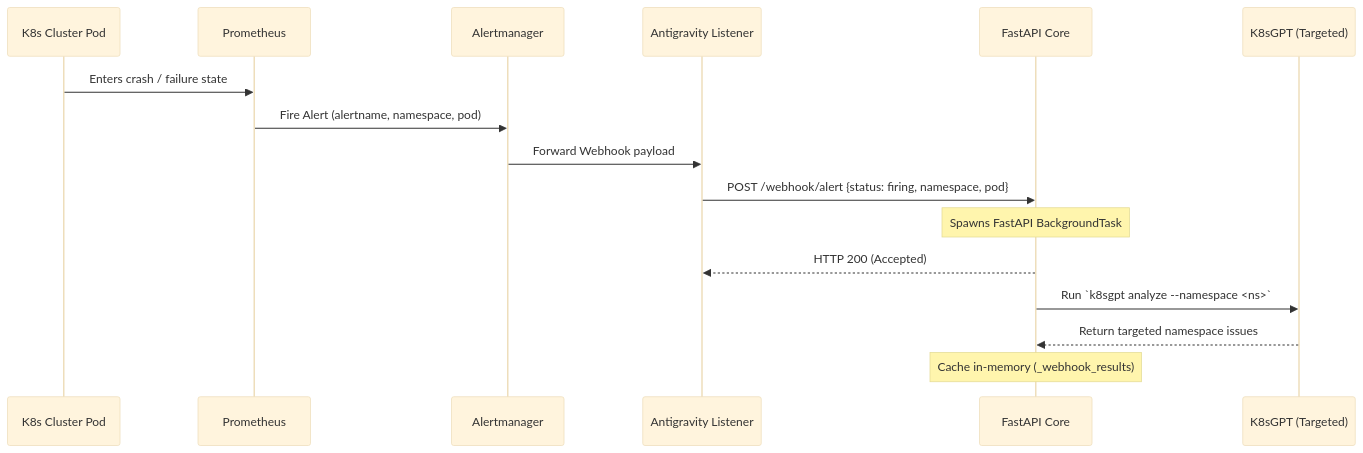
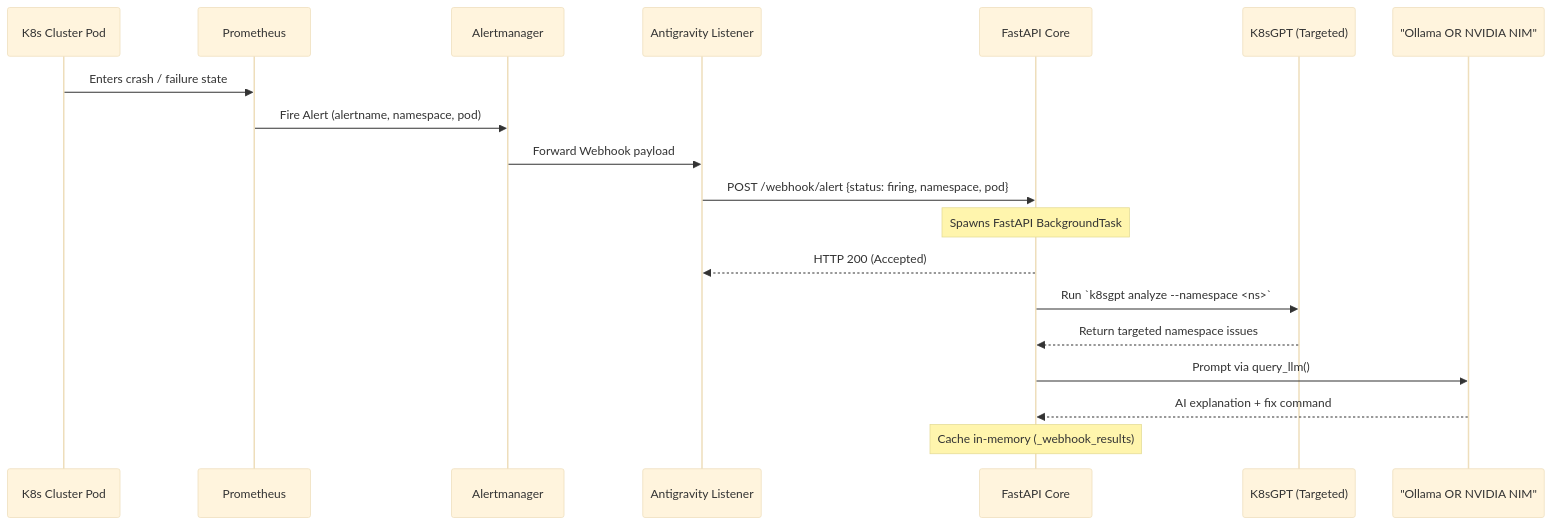
Before and after one commit to barbaria888/KubeOps-AI: the third of 4 diagrams in ARCHITECTURE.md, drawn with Mermaid (base theme). The commit also changed other lines of this file and 12 other files, not shown here.

````diff
--- a/ARCHITECTURE.md
+++ b/ARCHITECTURE.md
@@ -56,22 +91,23 @@
 ```mermaid
 sequenceDiagram
     participant Cluster as K8s Cluster Pod
     participant Prom as Prometheus
     participant AM as Alertmanager
     participant AL as Antigravity Listener
     participant Backend as FastAPI Core
     participant Tools as K8sGPT (Targeted)
+    participant LLM as "Ollama OR NVIDIA NIM"
 
-    %% Flow: Alert Triggering
     Cluster->>Prom: Enters crash / failure state
     Prom->>AM: Fire Alert (alertname, namespace, pod)
     AM->>AL: Forward Webhook payload
     AL->>Backend: POST /webhook/alert {status: firing, namespace, pod}
     
-    %% Flow: Async Target Analysis
     Note over Backend: Spawns FastAPI BackgroundTask
     Backend-->>AL: HTTP 200 (Accepted)
     Backend->>Tools: Run `k8sgpt analyze --namespace <ns>`
     Tools-->>Backend: Return targeted namespace issues
+    Backend->>LLM: Prompt via query_llm()
+    LLM-->>Backend: AI explanation + fix command
     Note over Backend: Cache in-memory (_webhook_results)
 ```
````
